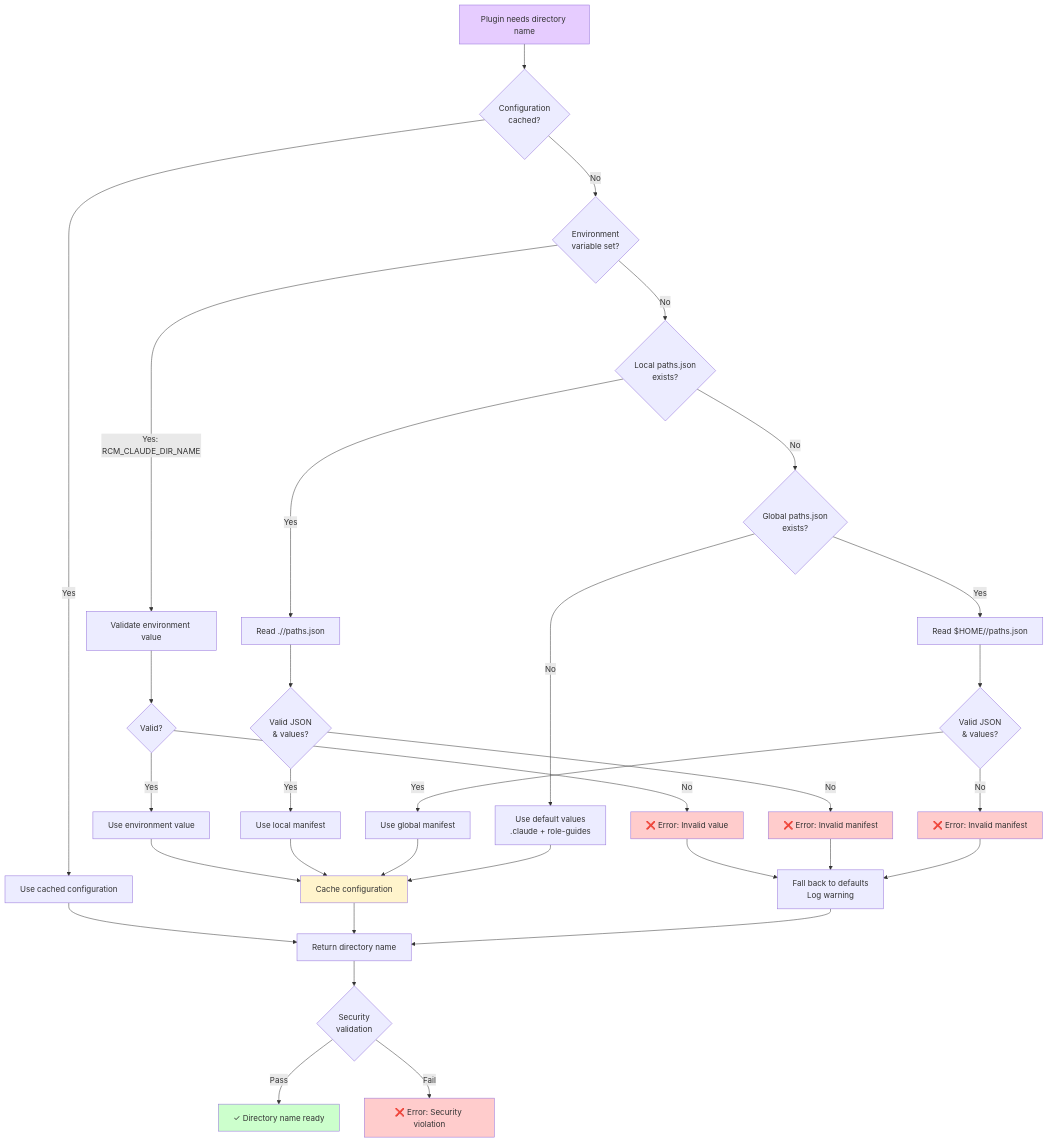
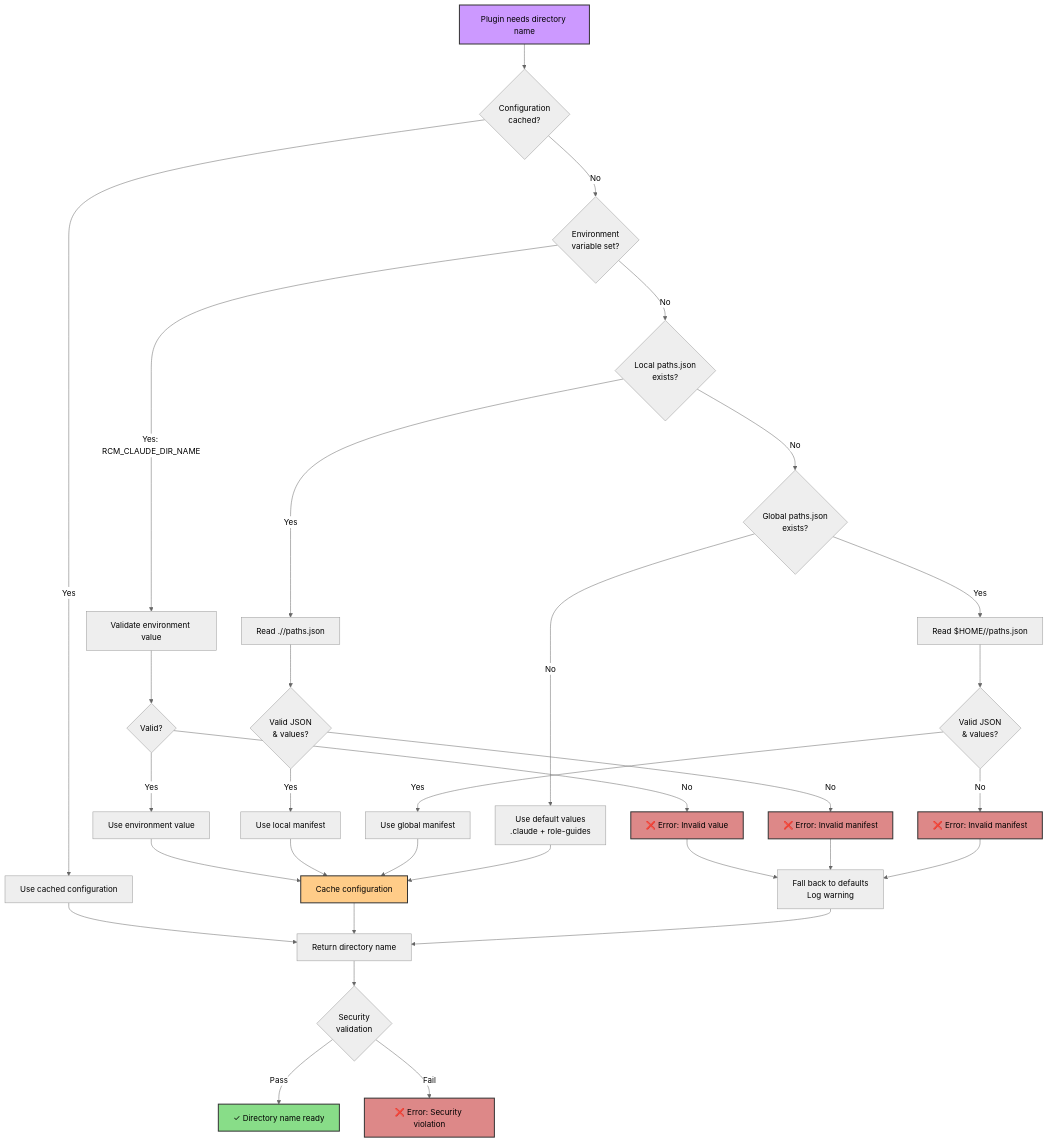
The ninth of 10 diagrams in PLUGIN-VISUAL-GUIDE.md (WAdamBrooksFS/role-context-manager-marketplace), drawn with Mermaid before and after one commit. The commit also changed other lines of this file, not shown here.

First line of the commit message:
fix: Improve Mermaid diagram visibility in dark theme

````diff
--- a/PLUGIN-VISUAL-GUIDE.md
+++ b/PLUGIN-VISUAL-GUIDE.md
@@ -522,63 +528,64 @@
 ```mermaid
+%%{init: {'theme':'neutral'}}%%
 graph TD
     Start[Plugin needs directory name] --> LoadConfig{Configuration<br/>cached?}
 
     LoadConfig -->|Yes| UseCache[Use cached configuration]
     LoadConfig -->|No| CheckEnv
 
     CheckEnv{Environment<br/>variable set?}
 
     CheckEnv -->|Yes: RCM_CLAUDE_DIR_NAME| ValidateEnv[Validate environment value]
     CheckEnv -->|No| CheckLocal
 
     ValidateEnv --> EnvValid{Valid?}
     EnvValid -->|Yes| UseEnv[Use environment value]
     EnvValid -->|No| Error1[❌ Error: Invalid value]
 
     CheckLocal{Local paths.json<br/>exists?}
 
     CheckLocal -->|Yes| ReadLocal[Read ./<claude-dir>/paths.json]
     CheckLocal -->|No| CheckGlobal
 
     ReadLocal --> LocalValid{Valid JSON<br/>& values?}
     LocalValid -->|Yes| UseLocal[Use local manifest]
     LocalValid -->|No| Error2[❌ Error: Invalid manifest]
 
     CheckGlobal{Global paths.json<br/>exists?}
 
     CheckGlobal -->|Yes| ReadGlobal["Read $HOME/<claude-dir>/paths.json"]
     CheckGlobal -->|No| UseDefault
 
     ReadGlobal --> GlobalValid{Valid JSON<br/>& values?}
     GlobalValid -->|Yes| UseGlobal[Use global manifest]
     GlobalValid -->|No| Error3[❌ Error: Invalid manifest]
 
     UseDefault[Use default values<br/>.claude + role-guides]
 
     UseEnv --> Cache
     UseLocal --> Cache
     UseGlobal --> Cache
     UseDefault --> Cache
     UseCache --> Return
 
     Cache[Cache configuration] --> Return[Return directory name]
 
     Error1 --> Fallback
     Error2 --> Fallback
     Error3 --> Fallback
 
     Fallback[Fall back to defaults<br/>Log warning] --> Return
 
     Return --> Validate{Security<br/>validation}
 
     Validate -->|Pass| Done[✓ Directory name ready]
     Validate -->|Fail| SecurityError[❌ Error: Security violation]
 
-    style Start fill:#e6ccff
-    style Done fill:#ccffcc
-    style Error1 fill:#ffcccc
-    style Error2 fill:#ffcccc
-    style Error3 fill:#ffcccc
-    style SecurityError fill:#ffcccc
-    style Cache fill:#fff4cc
+    style Start fill:#c9f,stroke:#333,stroke-width:2px,color:#000
+    style Done fill:#8d8,stroke:#333,stroke-width:2px,color:#000
+    style Error1 fill:#d88,stroke:#333,stroke-width:2px,color:#000
+    style Error2 fill:#d88,stroke:#333,stroke-width:2px,color:#000
+    style Error3 fill:#d88,stroke:#333,stroke-width:2px,color:#000
+    style SecurityError fill:#d88,stroke:#333,stroke-width:2px,color:#000
+    style Cache fill:#fc8,stroke:#333,stroke-width:2px,color:#000
 ```
````
